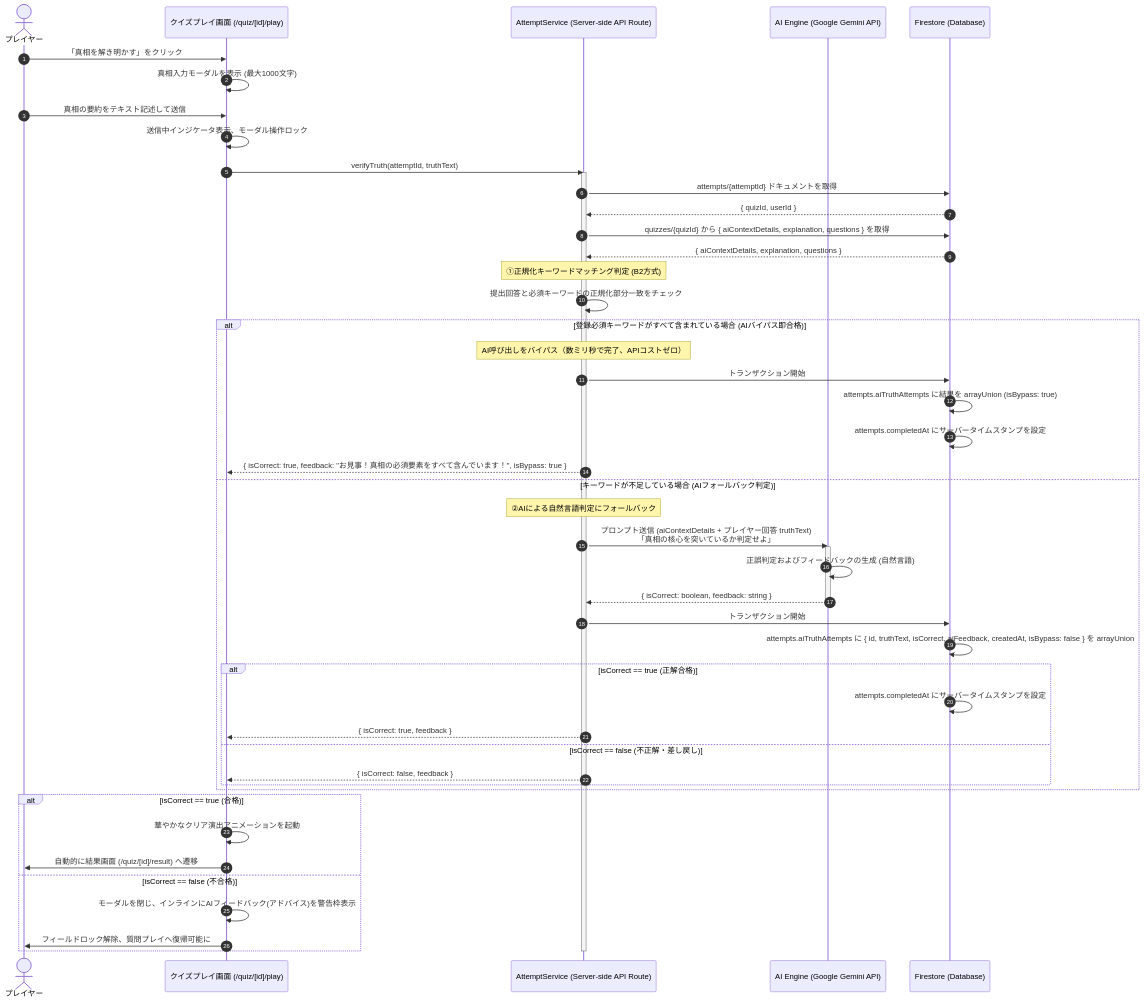
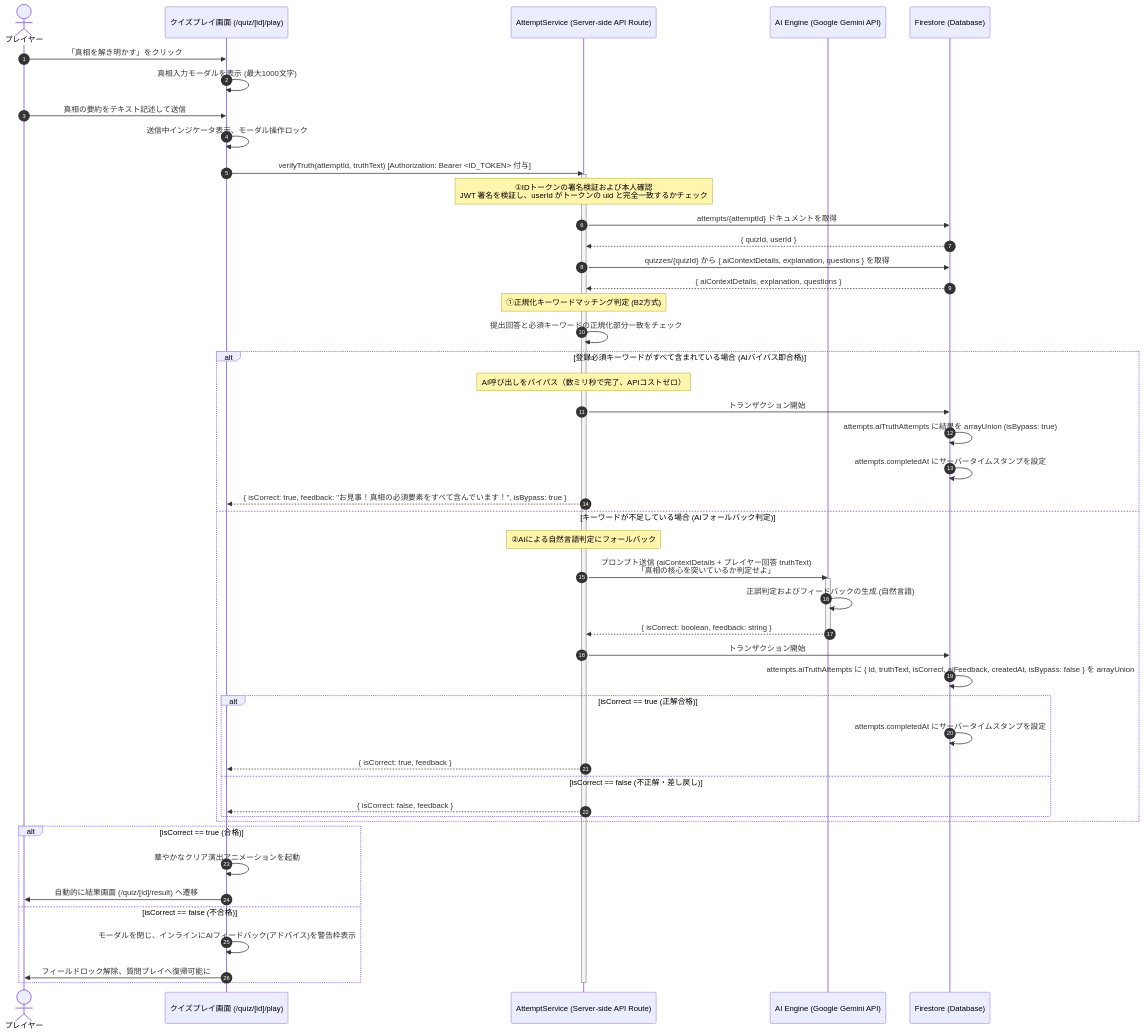
Before and after one commit to npressoworks/quizetika: the sixth of 8 diagrams in docs/detailed_design.md, drawn with Mermaid. The commit also changed other lines of this file and 4 other files, not shown here.

````diff
--- a/docs/detailed_design.md
+++ b/docs/detailed_design.md
@@ -410,59 +415,60 @@
 ```mermaid
 sequenceDiagram
     autonumber
     actor Player as プレイヤー
     participant QP as クイズプレイ画面 (/quiz/[id]/play)
     participant AS as AttemptService (Server-side API Route)
     participant AI as AI Engine (Google Gemini API)
     participant DB as Firestore (Database)
 
     Player->>QP: 「真相を解き明かす」をクリック
     QP->>QP: 真相入力モーダルを表示 (最大1000文字)
     Player->>QP: 真相の要約をテキスト記述して送信
     QP->>QP: 送信中インジケータ表示、モーダル操作ロック
 
-    QP->>AS: verifyTruth(attemptId, truthText)
+    QP->>AS: verifyTruth(attemptId, truthText) [Authorization: Bearer <ID_TOKEN> 付与]
     activate AS
 
+    Note over AS: ①IDトークンの署名検証および本人確認<br>JWT 署名を検証し、userId がトークンの uid と完全一致するかチェック
     AS->>DB: attempts/{attemptId} ドキュメントを取得
     DB-->>AS: { quizId, userId }
     AS->>DB: quizzes/{quizId} から { aiContextDetails, explanation, questions } を取得
     DB-->>AS: { aiContextDetails, explanation, questions }
 
     Note over AS: ①正規化キーワードマッチング判定 (B2方式)
     AS->>AS: 提出回答と必須キーワードの正規化部分一致をチェック
     
     alt 登録必須キーワードがすべて含まれている場合 (AIバイパス即合格)
         Note over AS: AI呼び出しをバイパス（数ミリ秒で完了、APIコストゼロ）
         AS->>DB: トランザクション開始
         DB->>DB: attempts.aiTruthAttempts に結果を arrayUnion (isBypass: true)
         DB->>DB: attempts.completedAt にサーバータイムスタンプを設定
         AS-->>QP: { isCorrect: true, feedback: "お見事！真相の必須要素をすべて含んでいます！", isBypass: true }
     else キーワードが不足している場合 (AIフォールバック判定)
         Note over AS: ②AIによる自然言語判定にフォールバック
         AS->>AI: プロンプト送信 (aiContextDetails + プレイヤー回答 truthText)<br>「真相の核心を突いているか判定せよ」
         activate AI
         AI->>AI: 正誤判定およびフィードバックの生成 (自然言語)
         AI-->>AS: { isCorrect: boolean, feedback: string }
         deactivate AI
 
         AS->>DB: トランザクション開始
         DB->>DB: attempts.aiTruthAttempts に { id, truthText, isCorrect, aiFeedback, createdAt, isBypass: false } を arrayUnion
         
         alt isCorrect == true (正解合格)
             DB->>DB: attempts.completedAt にサーバータイムスタンプを設定
             AS-->>QP: { isCorrect: true, feedback }
         else isCorrect == false (不正解・差し戻し)
             AS-->>QP: { isCorrect: false, feedback }
         end
     end
     
     alt isCorrect == true (合格)
         QP->>QP: 華やかなクリア演出アニメーションを起動
         QP->>Player: 自動的に結果画面 (/quiz/[id]/result) へ遷移
     else isCorrect == false (不合格)
         QP->>QP: モーダルを閉じ、インラインにAIフィードバック(アドバイス)を警告枠表示
         QP->>Player: フィールドロック解除、質問プレイへ復帰可能に
     end
     deactivate AS
 ```
````
